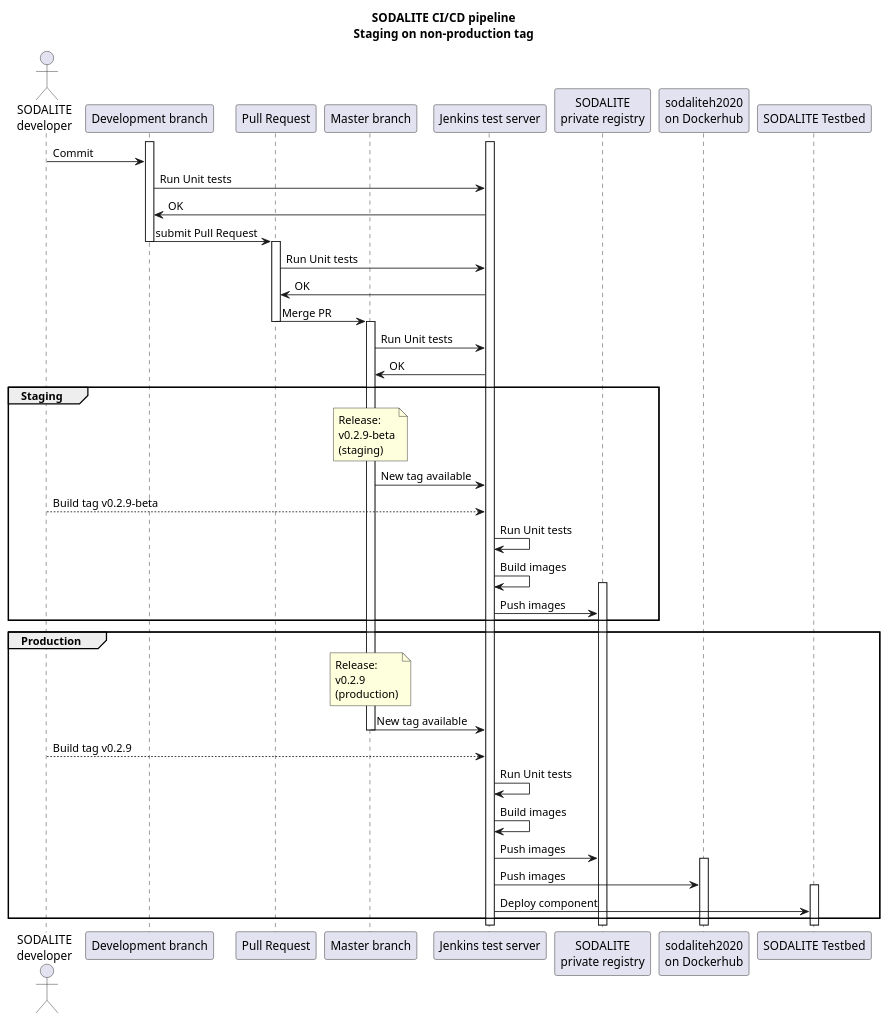
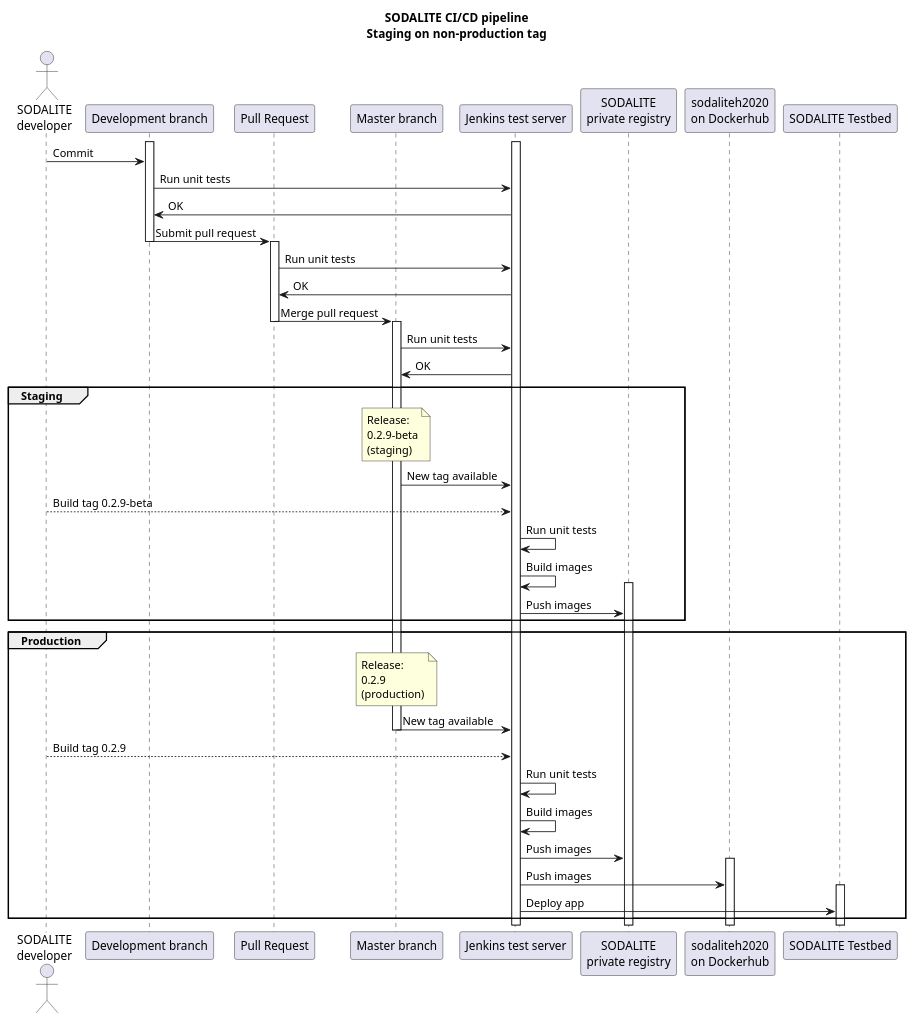
Before and after one commit to SODALITE-EU/project-wide-documentation: the diagram in uml/sequence-diagrams/CI-CD/CI-CD-tags.puml, drawn with PlantUML. The commit also changed 1 other file, not shown here.

Commit message:
Improve CI-CD diagrams

```diff
--- a/uml/sequence-diagrams/CI-CD/CI-CD-tags.puml
+++ b/uml/sequence-diagrams/CI-CD/CI-CD-tags.puml
@@ -1,83 +1,83 @@
 @startuml
 
 title SODALITE CI/CD pipeline\nStaging on non-production tag
 
 actor "SODALITE\ndeveloper" as human
 
 participant "Development branch" as dev
 participant "Pull Request" as pr
 participant "Master branch" as master
 participant "Jenkins test server" as jenkins
 participant "SODALITE\nprivate registry" as private_registry
 participant "sodaliteh2020\non Dockerhub" as dockerhub
 participant "SODALITE Testbed" as testbed
 
 activate dev
 activate jenkins
 
 human -> dev: Commit
-dev -> jenkins: Run Unit tests
+dev -> jenkins: Run unit tests
 dev <- jenkins: OK
 
 ' human -> dev: Commit #2
-' dev --> jenkins: Run Unit tests
+' dev --> jenkins: Run unit tests
 ' dev <-- jenkins: fail
 ' ...
 ' human -> dev: Commit #n
-' dev -> jenkins: Run Unit tests
+' dev -> jenkins: Run unit tests
 ' dev <- jenkins: OK
 
 
-dev -> pr: submit Pull Request
+dev -> pr: Submit pull request
 deactivate dev
 activate pr
 
 
-pr -> jenkins: Run Unit tests
+pr -> jenkins: Run unit tests
 pr <- jenkins: OK
-pr -> master: Merge PR
+pr -> master: Merge pull request
 deactivate pr
 activate master
 
-master -> jenkins: Run Unit tests
+master -> jenkins: Run unit tests
 master <- jenkins: OK
 
 group Staging
-note over master: Release:\nv0.2.9-beta\n(staging)
+note over master: Release:\n0.2.9-beta\n(staging)
 
 master -> jenkins: New tag available
 ' deactivate master
 
-human --> jenkins: Build tag v0.2.9-beta
-jenkins -> jenkins: Run Unit tests
+human --> jenkins: Build tag 0.2.9-beta
+jenkins -> jenkins: Run unit tests
 
 
 jenkins -> jenkins: Build images
 activate private_registry
 jenkins -> private_registry: Push images
 end
 
 
 group Production
 activate master
 
-note over master: Release:\nv0.2.9\n(production)
+note over master: Release:\n0.2.9\n(production)
 
 
 master -> jenkins: New tag available
 deactivate master
 
-human --> jenkins: Build tag v0.2.9
-jenkins -> jenkins: Run Unit tests
+human --> jenkins: Build tag 0.2.9
+jenkins -> jenkins: Run unit tests
 jenkins -> jenkins: Build images
 jenkins -> private_registry: Push images
 activate dockerhub
 jenkins -> dockerhub: Push images
 activate testbed
-jenkins -> testbed: Deploy component
+jenkins -> testbed: Deploy app
 end
 
 
 
 
 @enduml
```
